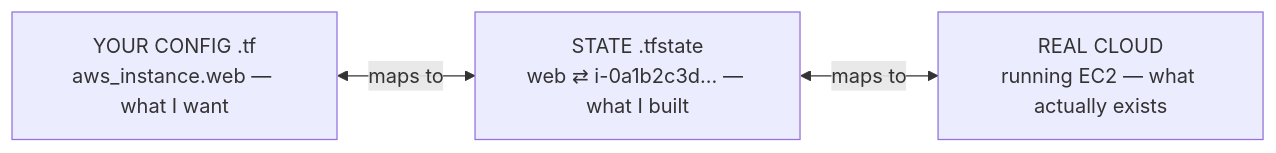
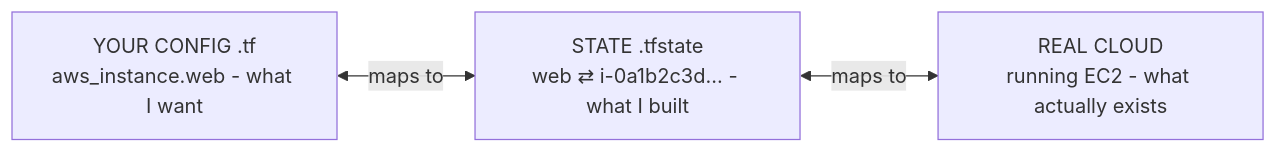
Before and after one commit to Topurrra/themissingmanual: the second of 2 diagrams in guides/devops/infrastructure-as-code-terraform/02-how-terraform-works.md, drawn with Mermaid. The commit also changed other lines of this file and 1009 other files, not shown here.

````diff
--- a/guides/devops/infrastructure-as-code-terraform/02-how-terraform-works.md
+++ b/guides/devops/infrastructure-as-code-terraform/02-how-terraform-works.md
@@ -168,5 +168,5 @@
 ```mermaid
 flowchart LR
-  Config[YOUR CONFIG .tf<br/>aws_instance.web — what I want] <-->|maps to| State[STATE .tfstate<br/>web ⇄ i-0a1b2c3d... — what I built]
-  State <-->|maps to| Cloud[REAL CLOUD<br/>running EC2 — what actually exists]
+  Config[YOUR CONFIG .tf<br/>aws_instance.web - what I want] <-->|maps to| State[STATE .tfstate<br/>web ⇄ i-0a1b2c3d... - what I built]
+  State <-->|maps to| Cloud[REAL CLOUD<br/>running EC2 - what actually exists]
 ```
````
